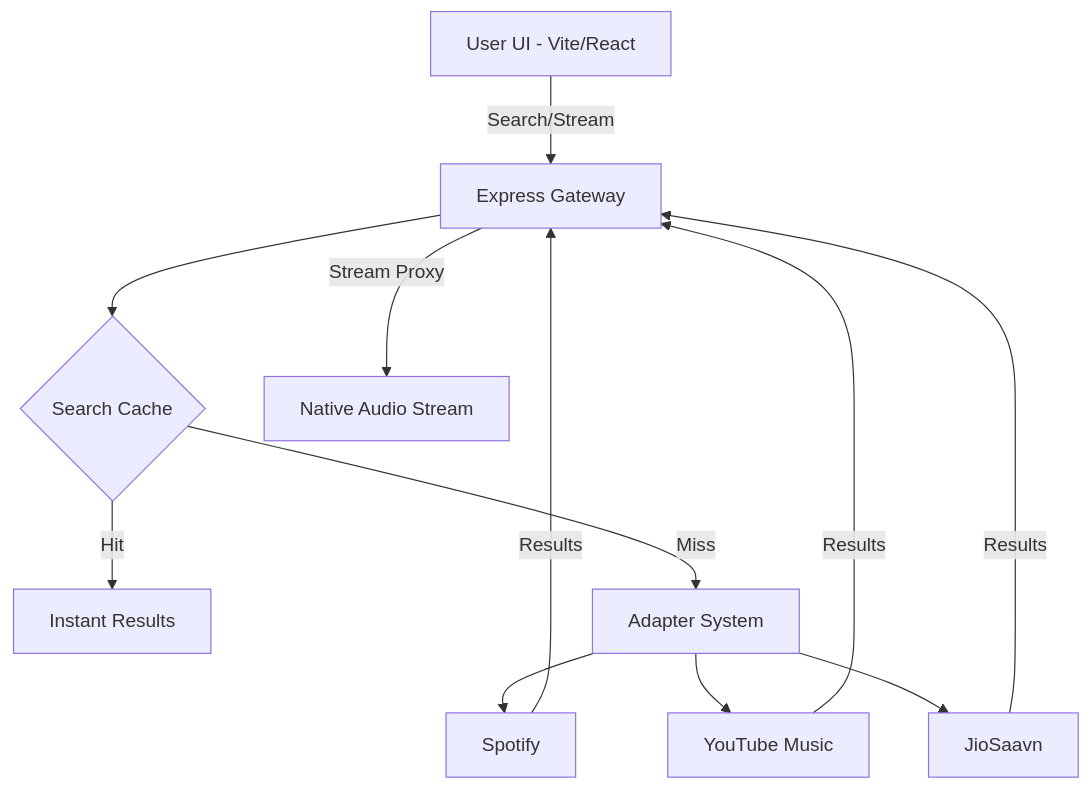
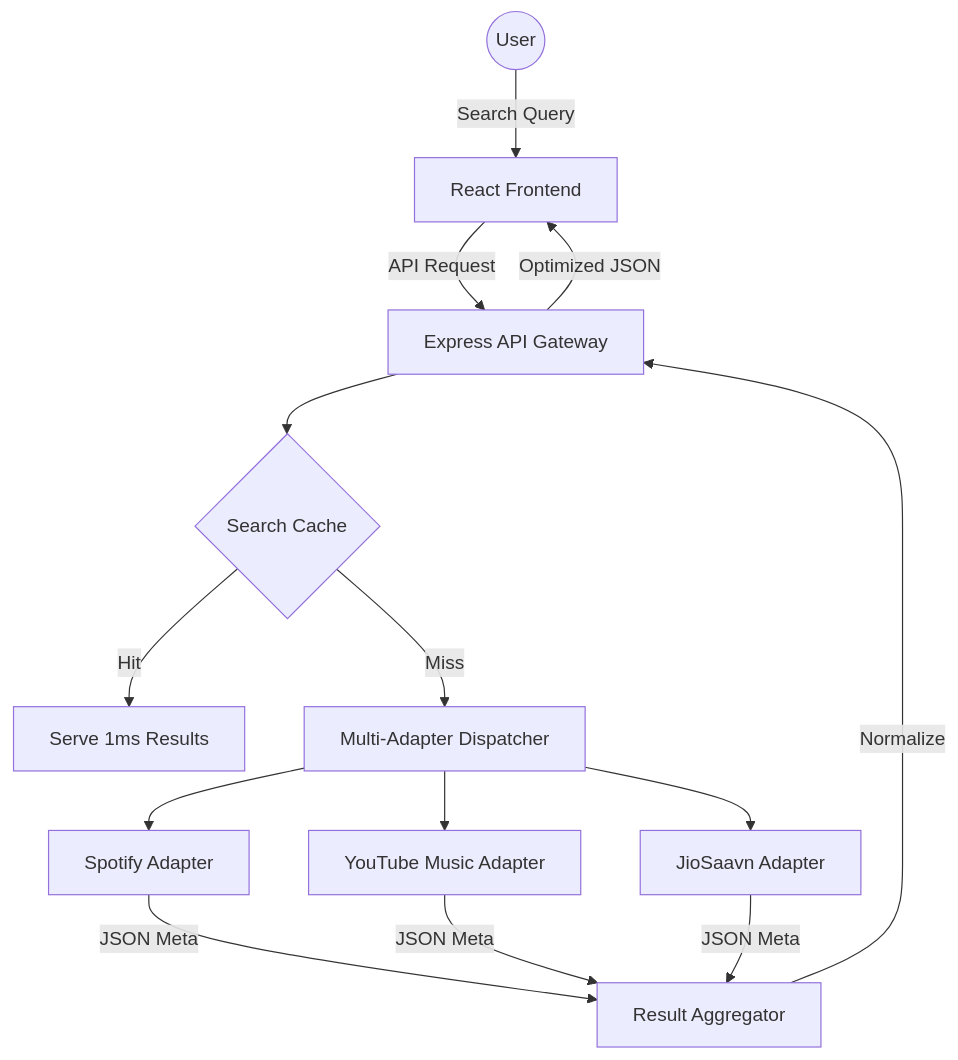
One commit to GajjarKashyap/Audio changed the first of 3 diagrams in README.md. Above: the diagram before and after it, drawn with Mermaid. The commit also changed other lines of this file and 1 other file, not shown here.

Commit message:
Docs Update: Replaced banner and added technical Mermaid diagrams

````diff
--- a/README.md
+++ b/README.md
@@ -18,12 +19,17 @@
 ```mermaid
 graph TD
-    A[User UI - Vite/React] -->|Search/Stream| B[Express Gateway]
-    B --> C{Search Cache}
-    C -->|Hit| D[Instant Results]
-    C -->|Miss| E[Adapter System]
-    E --> F[Spotify]
-    E --> G[YouTube Music]
-    E --> H[JioSaavn]
-    F & G & H -->|Results| B
-    B -->|Stream Proxy| I[Native Audio Stream]
+    User((User)) -->|Search Query| UI[React Frontend]
+    UI -->|API Request| API[Express API Gateway]
+    API --> Cache{Search Cache}
+    
+    Cache -->|Hit| Instant[Serve 1ms Results]
+    Cache -->|Miss| Dispatch[Multi-Adapter Dispatcher]
+    
+    Dispatch --> Spotify[Spotify Adapter]
+    Dispatch --> YT[YouTube Music Adapter]
+    Dispatch --> Saavn[JioSaavn Adapter]
+    
+    Spotify & YT & Saavn -->|JSON Meta| Aggregator[Result Aggregator]
+    Aggregator -->|Normalize| API
+    API -->|Optimized JSON| UI
 ```
````
